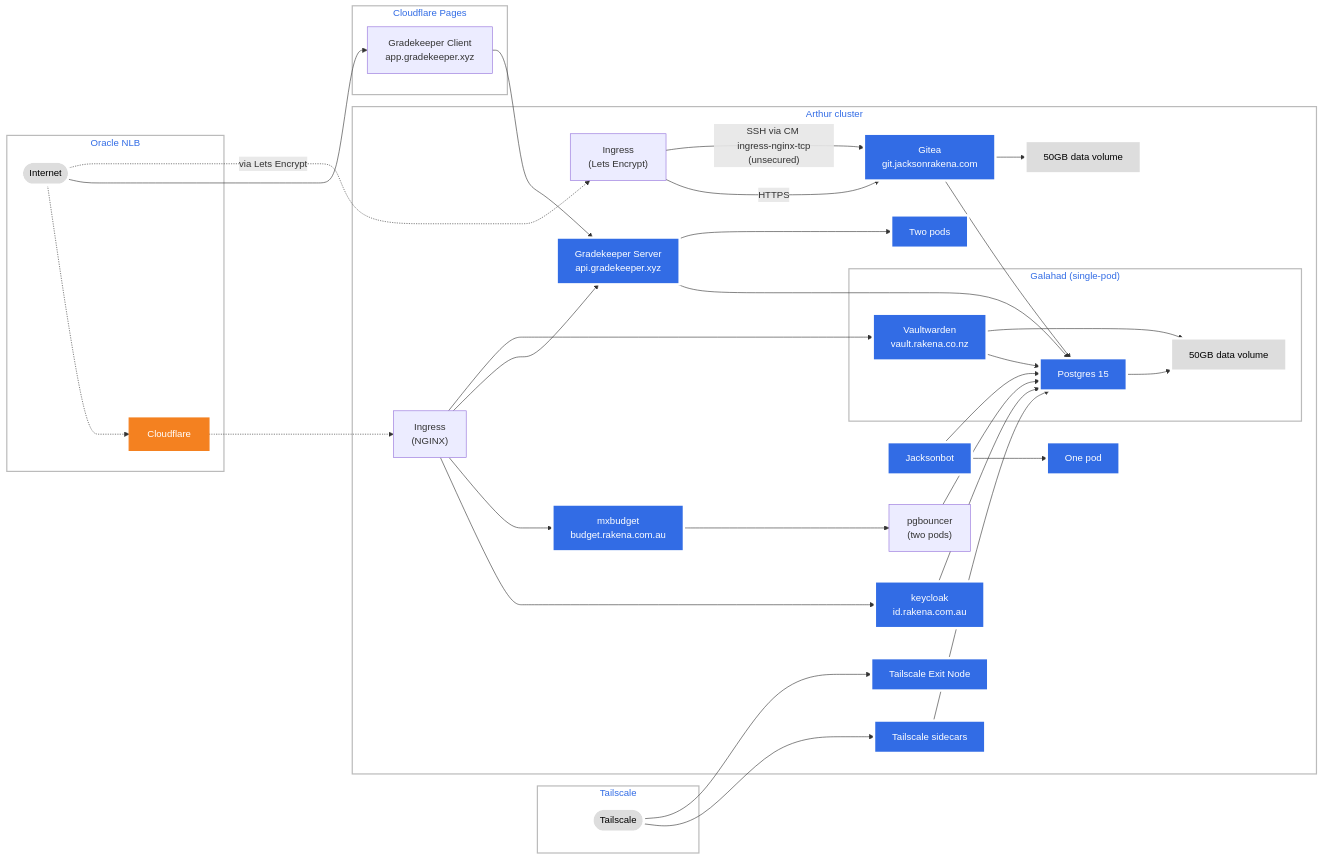
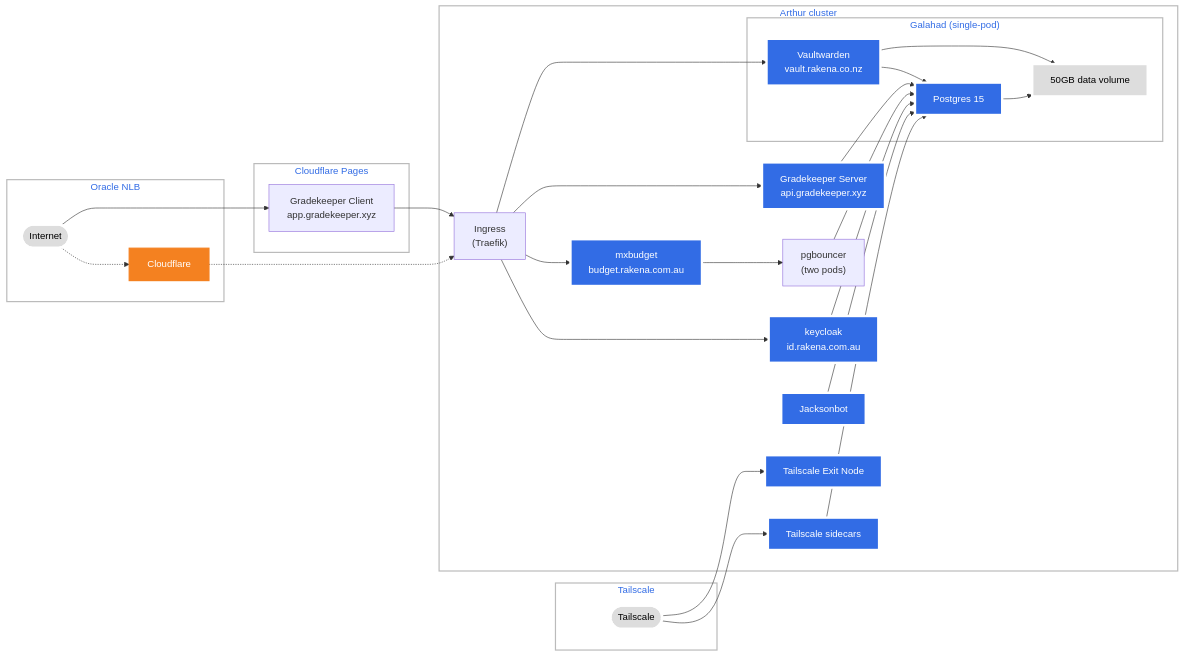
Before and after one commit to jacksonrakena/infrastructure: the diagram in README.md, drawn with Mermaid. The commit also changed other lines of this file and 30 other files, not shown here.

````diff
--- a/README.md
+++ b/README.md
@@ -2,59 +2,50 @@
 ```mermaid
 graph LR;
  client([Internet]);
  subgraph ts[Tailscale];
  ts_devices([Tailscale]);
  end;
  subgraph cf_tls[Oracle NLB];
  client-..->cf[Cloudflare];
  end;
  subgraph vercel[Cloudflare Pages];
  client-->gk_frontend[Gradekeeper Client<br/>app.gradekeeper.xyz]
  end;
- gk_frontend-->gk;
- client-.via Lets Encrypt.->ingress_http["Ingress<br/>(Lets Encrypt)"];
- cf-..->ingress["Ingress<br>(NGINX)"];
+ gk_frontend-->ingress;
+ cf-..->ingress["Ingress<br>(Traefik)"];
  subgraph cluster[Arthur cluster]
+  tailscale_exitnode[Tailscale Exit Node]
+ tailscale_sidecar[Tailscale sidecars];
+  ts_devices-->tailscale_sidecar;
+  ts_devices-->tailscale_exitnode;
  ingress-->identity;
  ingress-->mxbudget;
  pgbouncer["pgbouncer<br/>(two pods)"]-->pg;
  mxbudget["mxbudget<br/>budget.rakena.com.au"]-->pgbouncer;
  identity["keycloak<br/>id.rakena.com.au"]-->pg;
- ts_devices-->tailscale_sidecar;
- ts_devices-->tailscale_exitnode;
- tailscale_exitnode[Tailscale Exit Node]
- tailscale_sidecar[Tailscale sidecars];
  tailscale_sidecar-->pg;
- ingress_http;
  ingress;
  ingress-->gk["Gradekeeper Server<br/>api.gradekeeper.xyz"];
  ingress-->vw["Vaultwarden<br/>vault.rakena.co.nz"];
- ingress_http-->|HTTPS|gitea["Gitea<br/>git.jacksonrakena.com"];
- ingress_http-->|"SSH via CM <br/> ingress-nginx-tcp (unsecured)"|gitea;
  jb["Jacksonbot"];
- jb-->jb_onepod[One pod];
  jb-->pg;
  subgraph galahad["Galahad (single-pod)"]
  vw;
  pg[Postgres 15];
  vw-->pg;
  agd[50GB data volume];
  vw-->agd;
  pg-->agd;
  end
- gitea;
- gitea-->gdv[50GB data volume];
- gitea-->pg;
  gk-->pg;
- gk-->gk_twopods[Two pods];
  end
  classDef plain fill:#ddd,stroke:#fff,stroke-width:4px,color:#000;
  classDef k8s fill:#326ce5,stroke:#fff,stroke-width:4px,color:#fff;
  classDef cluster fill:#fff,stroke:#bbb,stroke-width:2px,color:#326ce5;
  classDef cloudflare fill:#F48120,stroke:#F48120,stroke-width:2px,color:white;
  class jb,identity,mxbudget,tailscale_sidecar,tailscale_exitnode,mc,gitea,jb_onepod,service,pod1,pod2,gk,sa,vw,pg,gk_twopods,sa_twopods k8s;
  class client,ts_devices plain;
  class agd,gdv plain;
  class cf cloudflare;
  class cluster cluster;
 ```
````
